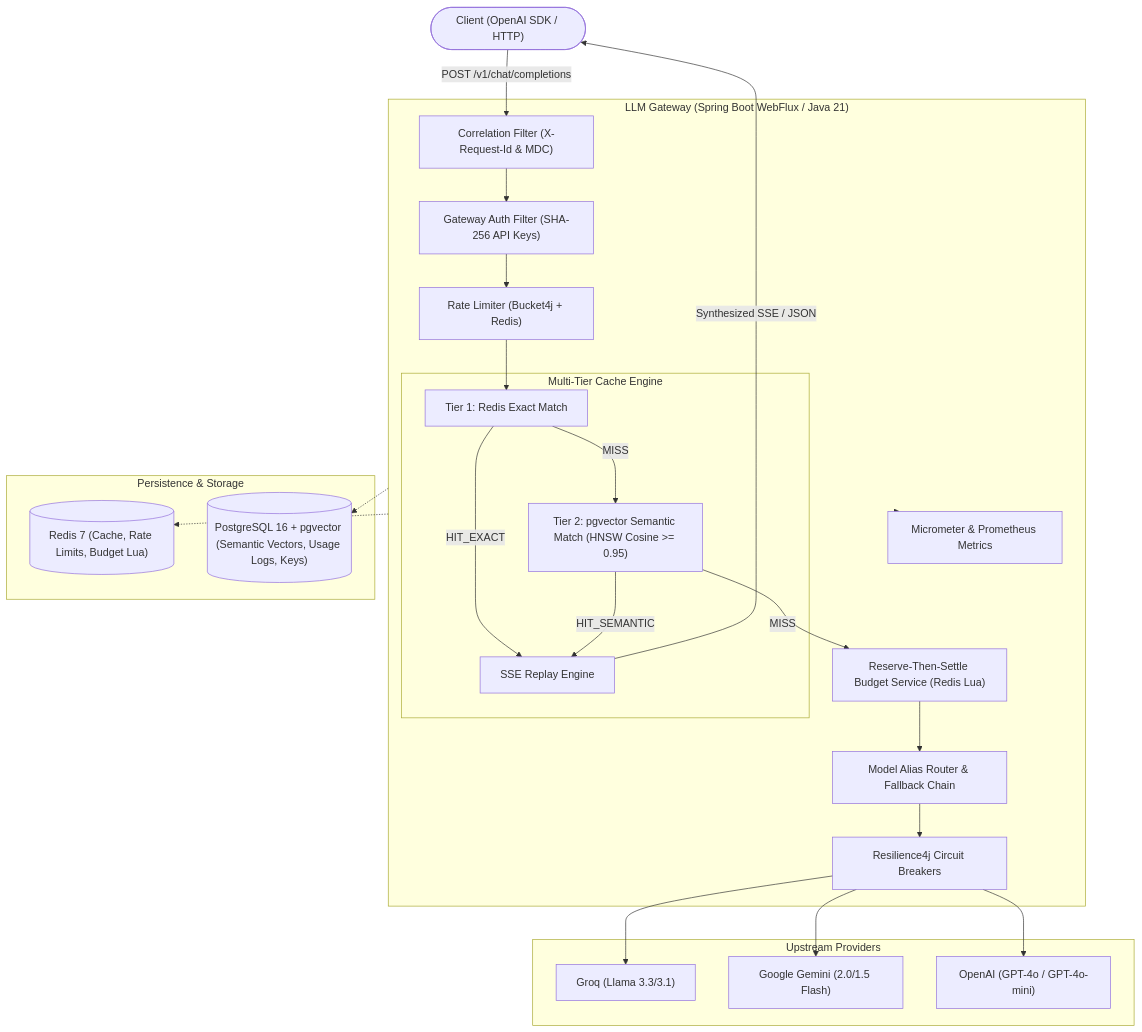
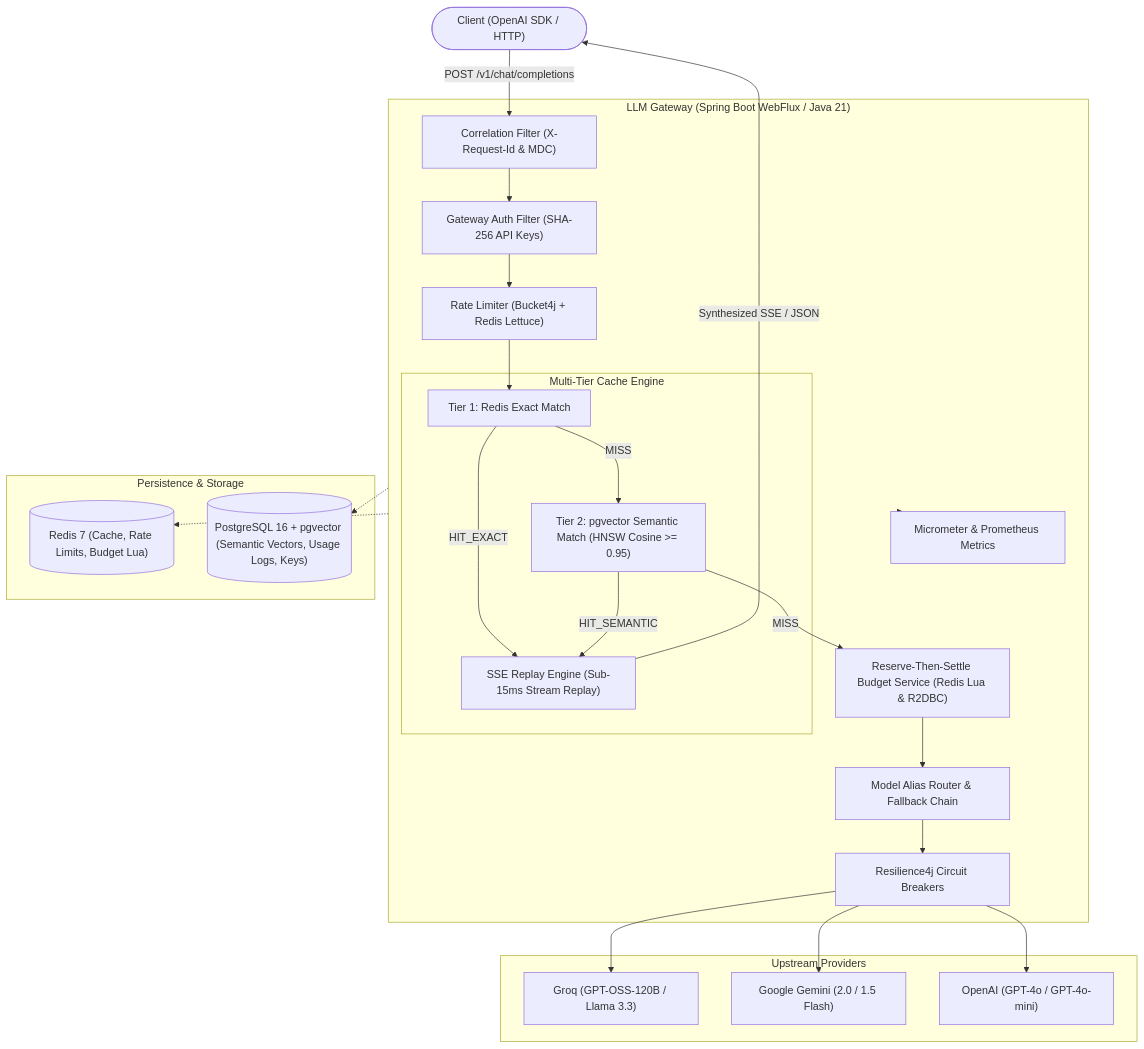
Before and after one commit to adiitya29/LLM-Gateway: the diagram in README.md, drawn with Mermaid. The commit also changed other lines of this file, not shown here.

Commit message:
docs: update README with comprehensive tech stack, architecture, and API documentation

````diff
--- a/README.md
+++ b/README.md
@@ -9,52 +9,52 @@
 ```mermaid
 flowchart TD
     Client(["Client (OpenAI SDK / HTTP)"])
     
     subgraph Gateway ["LLM Gateway (Spring Boot WebFlux / Java 21)"]
         Corr["Correlation Filter (X-Request-Id & MDC)"]
         Auth["Gateway Auth Filter (SHA-256 API Keys)"]
-        RateLimit["Rate Limiter (Bucket4j + Redis)"]
+        RateLimit["Rate Limiter (Bucket4j + Redis Lettuce)"]
         
         subgraph Caching ["Multi-Tier Cache Engine"]
             T1["Tier 1: Redis Exact Match"]
             T2["Tier 2: pgvector Semantic Match (HNSW Cosine >= 0.95)"]
-            SSEReplay["SSE Replay Engine"]
+            SSEReplay["SSE Replay Engine (Sub-15ms Stream Replay)"]
         end
         
-        Budget["Reserve-Then-Settle Budget Service (Redis Lua)"]
+        Budget["Reserve-Then-Settle Budget Service (Redis Lua & R2DBC)"]
         Router["Model Alias Router & Fallback Chain"]
         CB["Resilience4j Circuit Breakers"]
         Metrics["Micrometer & Prometheus Metrics"]
     end
     
     subgraph Upstream ["Upstream Providers"]
-        Groq["Groq (Llama 3.3/3.1)"]
-        Gemini["Google Gemini (2.0/1.5 Flash)"]
+        Groq["Groq (GPT-OSS-120B / Llama 3.3)"]
+        Gemini["Google Gemini (2.0 / 1.5 Flash)"]
         OpenAI["OpenAI (GPT-4o / GPT-4o-mini)"]
     end
     
     subgraph Persistence ["Persistence & Storage"]
         RedisDB[("Redis 7 (Cache, Rate Limits, Budget Lua)")]
         PgDB[("PostgreSQL 16 + pgvector (Semantic Vectors, Usage Logs, Keys)")]
     end
 
     Client -->|POST /v1/chat/completions| Corr
     Corr --> Auth
     Auth --> RateLimit
     RateLimit --> T1
     T1 -->|HIT_EXACT| SSEReplay
     T1 -->|MISS| T2
     T2 -->|HIT_SEMANTIC| SSEReplay
     SSEReplay -->|Synthesized SSE / JSON| Client
     
     T2 -->|MISS| Budget
     Budget --> Router
     Router --> CB
     CB --> Groq
     CB --> Gemini
     CB --> OpenAI
     
     Gateway -.-> RedisDB
     Gateway -.-> PgDB
     Gateway --> Metrics
 ```
````
